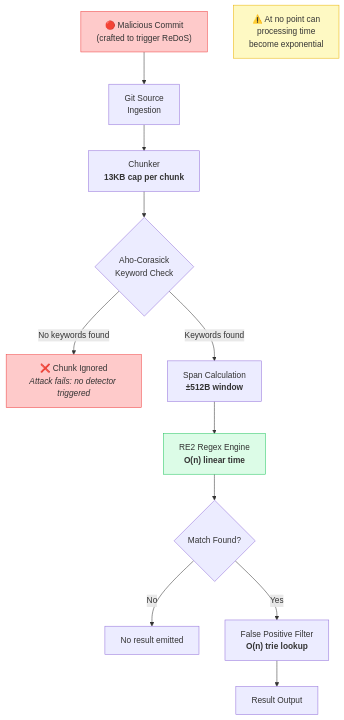
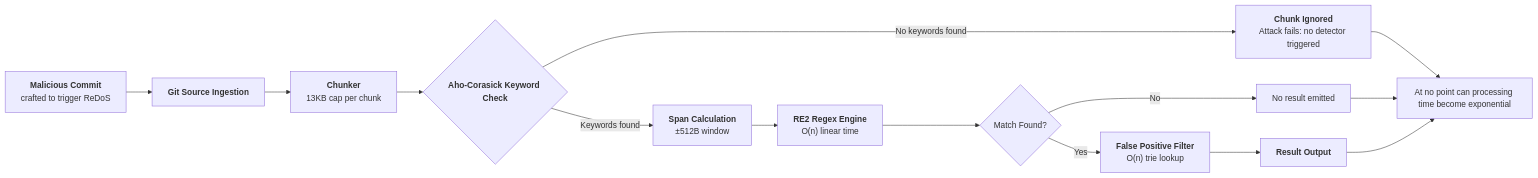
One commit to blitzy-research/trufflehog changed the fourth of 4 diagrams in blitzy/documentation/trufflehog_e42153d44a5e.md. Above: the diagram before and after it, drawn with Mermaid. The commit also changed other lines of this file, not shown here.

````diff
--- a/blitzy/documentation/trufflehog_e42153d44a5e.md
+++ b/blitzy/documentation/trufflehog_e42153d44a5e.md
@@ -549,20 +554,22 @@
 ```mermaid
-flowchart TD
-    A["🔴 Malicious Commit<br/>(crafted to trigger ReDoS)"] --> B["Git Source<br/>Ingestion"]
-    B --> C["Chunker<br/><b>13KB cap per chunk</b>"]
-    C --> D{"Aho-Corasick<br/>Keyword Check"}
-    D -->|"No keywords found"| E["❌ Chunk Ignored<br/><i>Attack fails: no detector triggered</i>"]
-    D -->|"Keywords found"| F["Span Calculation<br/><b>±512B window</b>"]
-    F --> G["RE2 Regex Engine<br/><b>O(n) linear time</b>"]
-    G --> H{"Match Found?"}
-    H -->|"No"| I["No result emitted"]
-    H -->|"Yes"| J["False Positive Filter<br/><b>O(n) trie lookup</b>"]
-    J --> K["Result Output"]
-
-    L["⚠️ At no point can<br/>processing time<br/>become exponential"]
-
-    style A fill:#fecaca,stroke:#ef4444
-    style E fill:#fecaca,stroke:#ef4444
-    style G fill:#dcfce7,stroke:#22c55e
-    style L fill:#fef9c3,stroke:#eab308
+flowchart LR
+    A["`**Malicious Commit**
+    crafted to trigger ReDoS`"] --> B["`**Git Source Ingestion**`"]
+    B --> C["`**Chunker**
+    13KB cap per chunk`"]
+    C --> D{"`**Aho-Corasick Keyword Check**`"}
+    D -->|No keywords found| E["`**Chunk Ignored**
+    Attack fails: no detector triggered`"]
+    D -->|Keywords found| F["`**Span Calculation**
+    ±512B window`"]
+    F --> G["`**RE2 Regex Engine**
+    O(n) linear time`"]
+    G --> H{"`Match Found?`"}
+    H -->|No| I["`No result emitted`"]
+    H -->|Yes| J["`**False Positive Filter**
+    O(n) trie lookup`"]
+    J --> K["`**Result Output**`"]
+    E --> L["`At no point can processing time become exponential`"]
+    I --> L
+    K --> L
 ```
````
